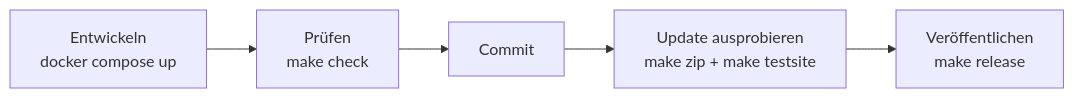
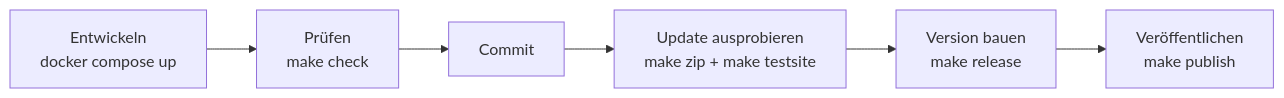
The second of 2 diagrams in docs/10-arbeitsablauf.md (bioly-app/Bioly), drawn with Mermaid before and after one commit. The commit also changed other lines of this file and 7 other files, not shown here.

````diff
--- a/docs/10-arbeitsablauf.md
+++ b/docs/10-arbeitsablauf.md
@@ -17,7 +17,8 @@
 ```mermaid
 flowchart LR
     E[Entwickeln<br/>docker compose up] --> P[Prüfen<br/>make check]
     P --> C[Commit]
     C --> U[Update ausprobieren<br/>make zip + make testsite]
-    U --> R[Veröffentlichen<br/>make release]
+    U --> R[Version bauen<br/>make release]
+    R --> V[Veröffentlichen<br/>make publish]
 ```
````
